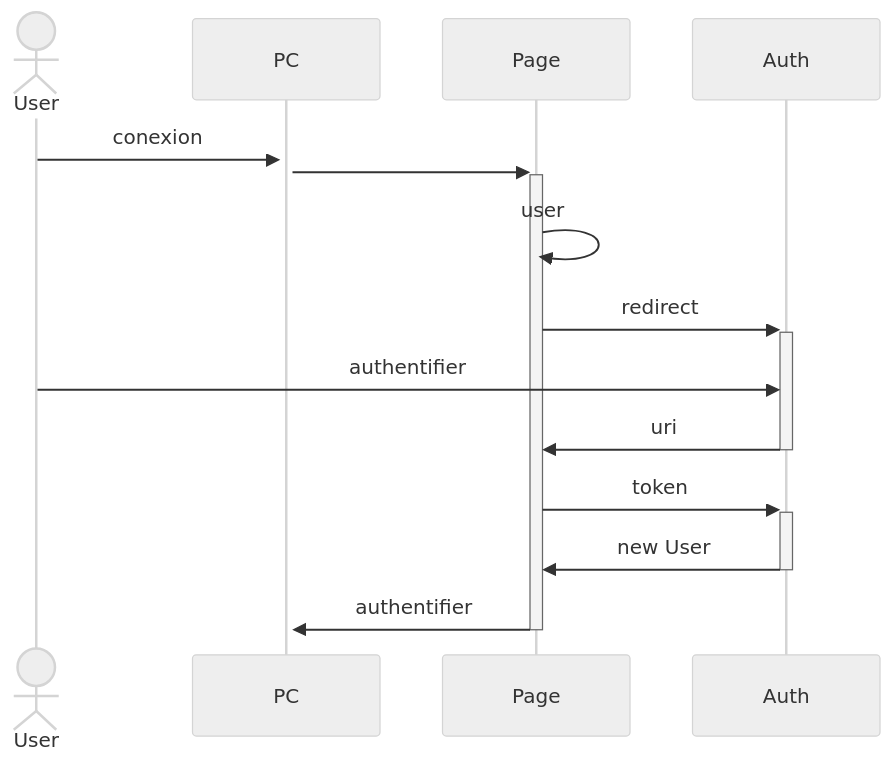
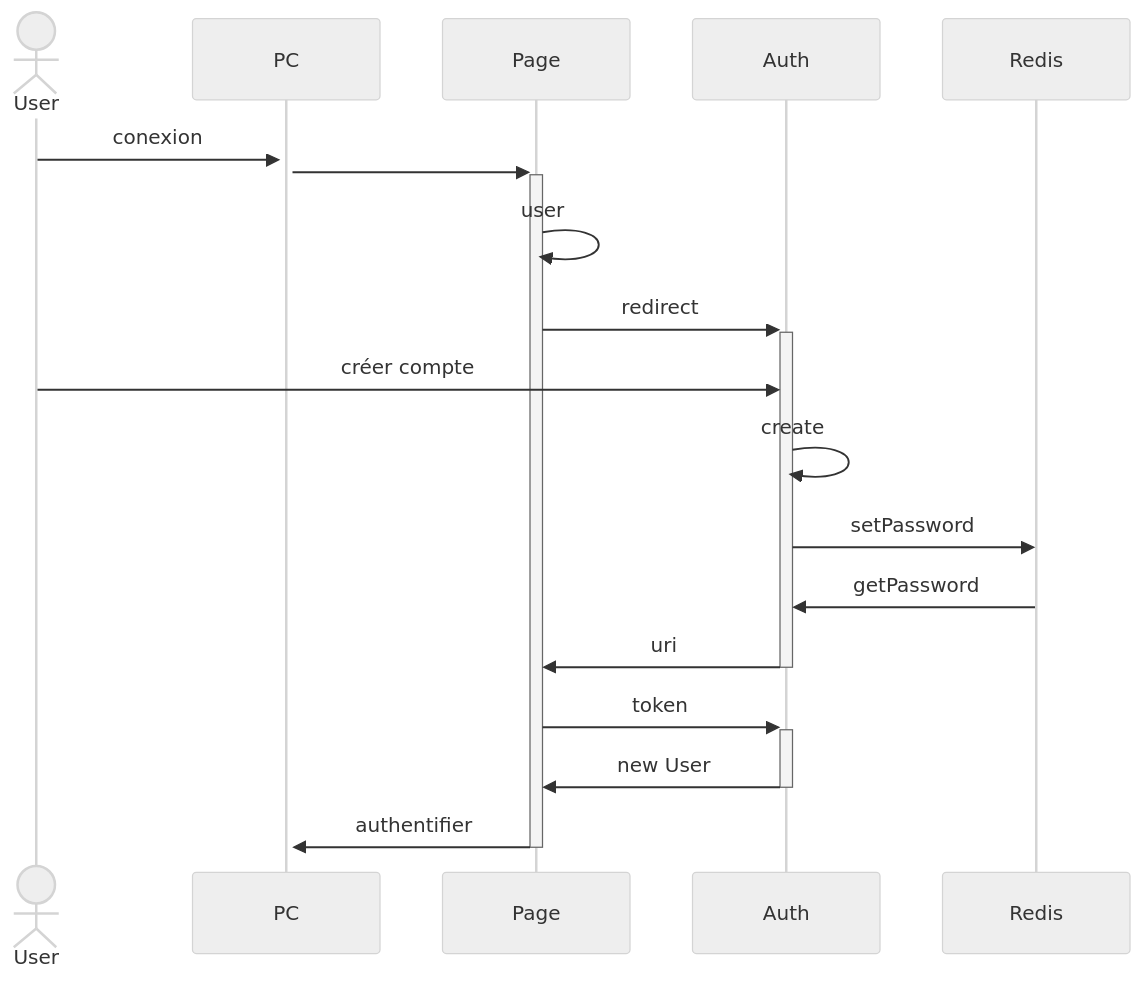
Before and after one commit to PMootz/Motus: the first of 4 diagrams in README.md, drawn with Mermaid (neutral theme). The commit also changed other lines of this file, not shown here.

````diff
--- a/README.md
+++ b/README.md
@@ -38,13 +38,16 @@
 ```mermaid
 sequenceDiagram
 actor User
     User->>+PC: conexion
     PC->>+Page: 
     Page->>Page : user
     Page->>+Auth: redirect
-    User->>Auth: authentifier
+    User->>Auth: créer compte
+    Auth->>Auth: create 
+    Auth ->>Redis: setPassword
+    Redis ->>Auth: getPassword
     Auth->>-Page: uri
     Page->>+Auth : token
     Auth->>-Page: new User
     Page->>-PC : authentifier
 ```
````
